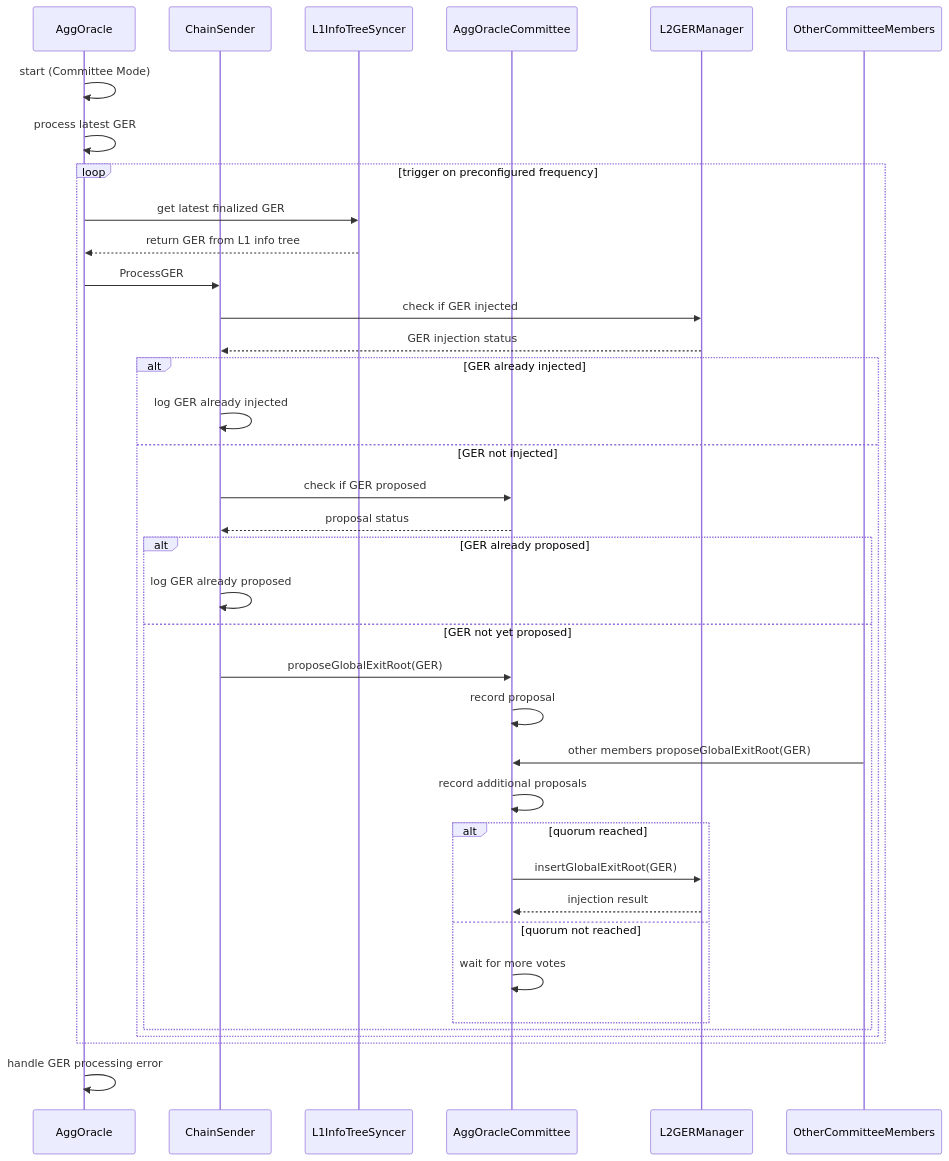
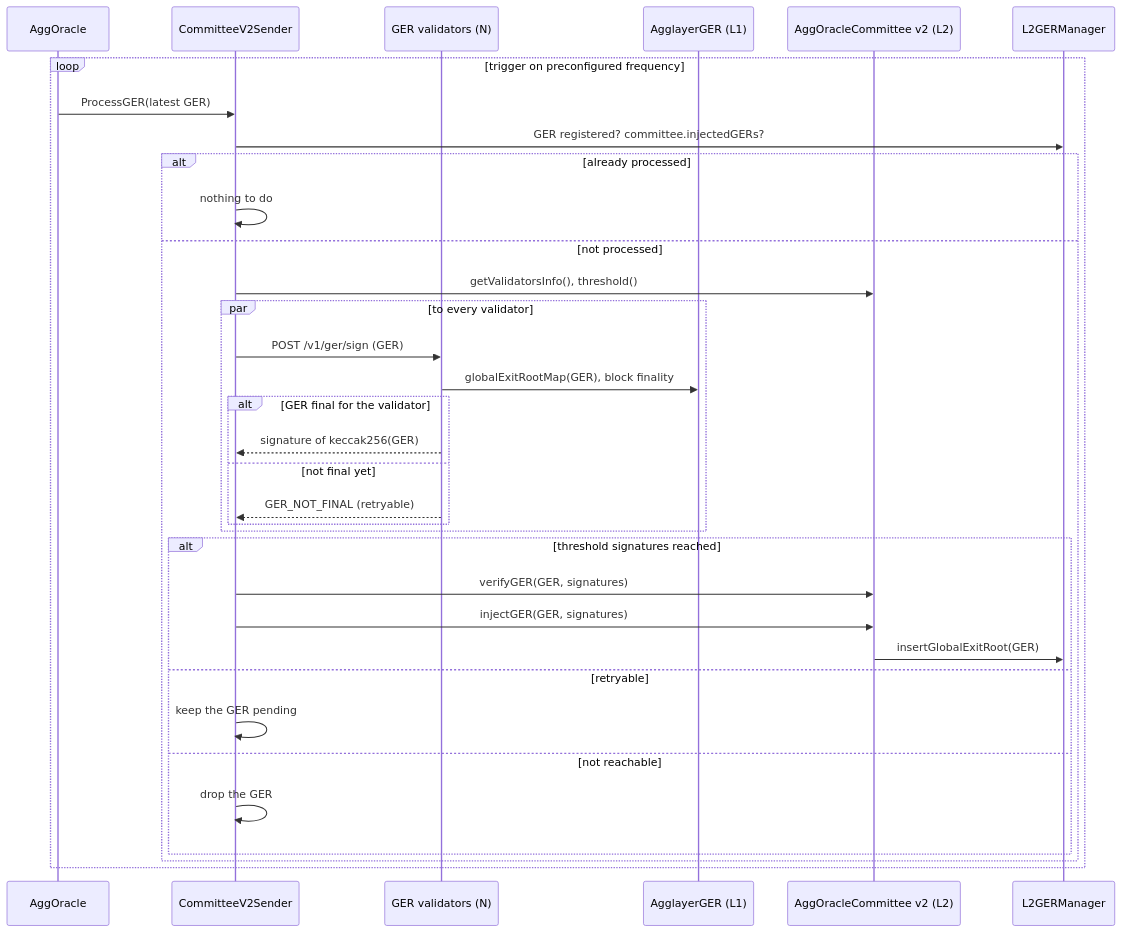
One commit to agglayer/aggkit changed the second of 2 diagrams in docs/aggoracle.md. Above: the diagram before and after it, drawn with Mermaid. The commit also changed other lines of this file and 127 other files, not shown here.

````diff
--- a/docs/aggoracle.md
+++ b/docs/aggoracle.md
@@ -93,40 +107,37 @@
 ```mermaid
 sequenceDiagram
     participant AggOracle
-    participant ChainSender
-    participant L1InfoTreeSyncer
-    participant AggOracleCommittee
+    participant CommitteeV2Sender
+    participant Validators as GER validators (N)
+    participant L1 as AgglayerGER (L1)
+    participant Committee as AggOracleCommittee v2 (L2)
     participant L2GERManager
-    participant OtherCommitteeMembers
 
-    AggOracle->>AggOracle: start (Committee Mode)
-    AggOracle->>AggOracle: process latest GER
     loop trigger on preconfigured frequency
-        AggOracle->>L1InfoTreeSyncer: get latest finalized GER
-        L1InfoTreeSyncer-->>AggOracle: return GER from L1 info tree
-        AggOracle->>ChainSender: ProcessGER
-        ChainSender->>L2GERManager: check if GER injected
-        L2GERManager-->>ChainSender: GER injection status
-        alt GER already injected
-            ChainSender->>ChainSender: log GER already injected
-        else GER not injected
-            ChainSender->>AggOracleCommittee: check if GER proposed
-            AggOracleCommittee-->>ChainSender: proposal status
-            alt GER already proposed
-                ChainSender->>ChainSender: log GER already proposed
-            else GER not yet proposed
-                ChainSender->>AggOracleCommittee: proposeGlobalExitRoot(GER)
-                AggOracleCommittee->>AggOracleCommittee: record proposal
-                OtherCommitteeMembers->>AggOracleCommittee: other members proposeGlobalExitRoot(GER)
-                AggOracleCommittee->>AggOracleCommittee: record additional proposals
-                alt quorum reached
-                    AggOracleCommittee->>L2GERManager: insertGlobalExitRoot(GER)
-                    L2GERManager-->>AggOracleCommittee: injection result
-                else quorum not reached
-                    AggOracleCommittee->>AggOracleCommittee: wait for more votes
+        AggOracle->>CommitteeV2Sender: ProcessGER(latest GER)
+        CommitteeV2Sender->>L2GERManager: GER registered? committee.injectedGERs?
+        alt already processed
+            CommitteeV2Sender->>CommitteeV2Sender: nothing to do
+        else not processed
+            CommitteeV2Sender->>Committee: getValidatorsInfo(), threshold()
+            par to every validator
+                CommitteeV2Sender->>Validators: POST /v1/ger/sign (GER)
+                Validators->>L1: globalExitRootMap(GER), block finality
+                alt GER final for the validator
+                    Validators-->>CommitteeV2Sender: signature of keccak256(GER)
+                else not final yet
+                    Validators-->>CommitteeV2Sender: GER_NOT_FINAL (retryable)
                 end
+            end
+            alt threshold signatures reached
+                CommitteeV2Sender->>Committee: verifyGER(GER, signatures)
+                CommitteeV2Sender->>Committee: injectGER(GER, signatures)
+                Committee->>L2GERManager: insertGlobalExitRoot(GER)
+            else retryable
+                CommitteeV2Sender->>CommitteeV2Sender: keep the GER pending
+            else not reachable
+                CommitteeV2Sender->>CommitteeV2Sender: drop the GER
             end
         end
     end
-    AggOracle->>AggOracle: handle GER processing error
 ```
````
